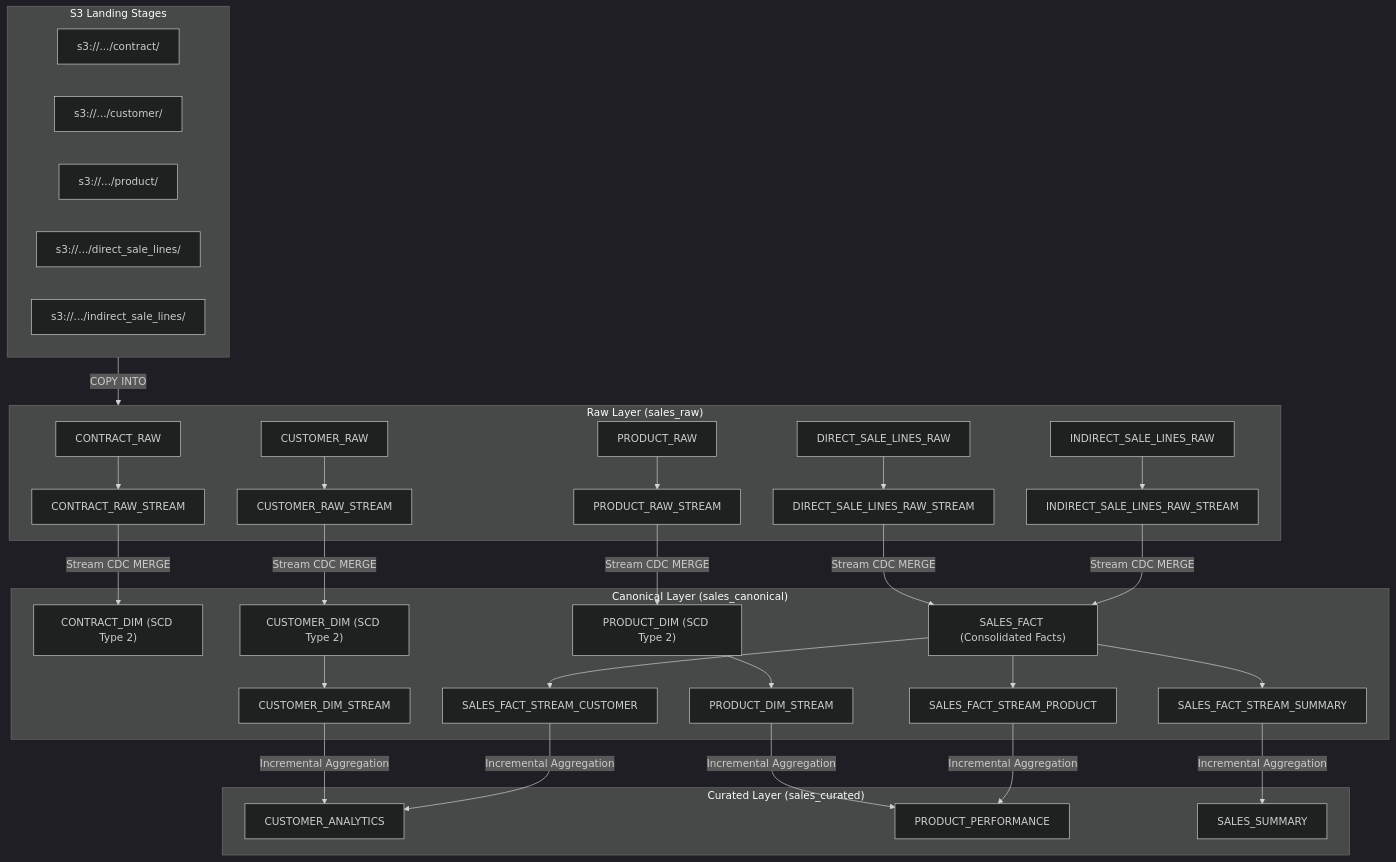
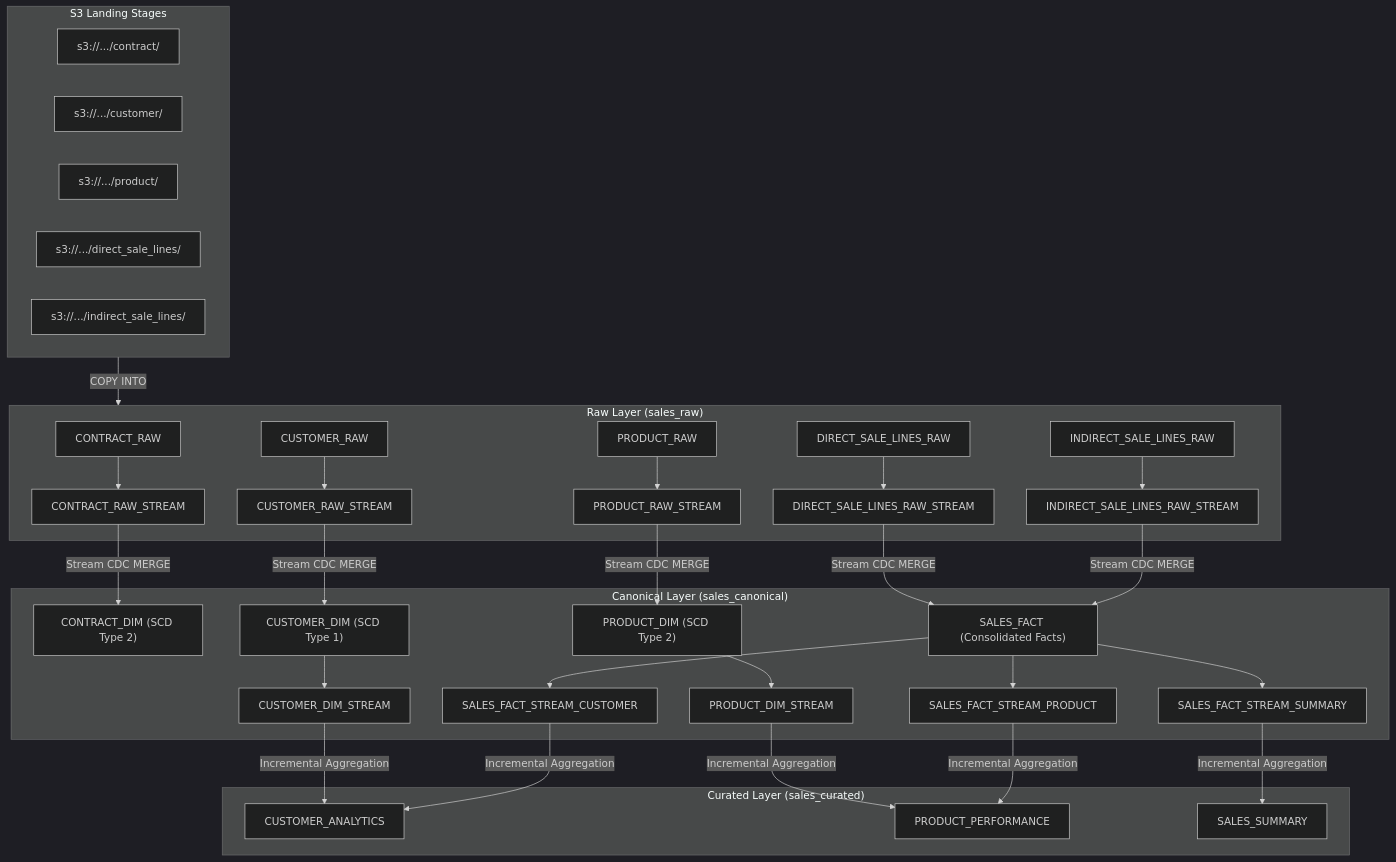
One commit to camrutham/SF_DRL changed the diagram in README.md. Above: the diagram before and after it, drawn with Mermaid (dark theme). The commit also changed 5 other files, not shown here.

First line of the commit message:
Implement true SCD Type 2 for contract_dim and product_dim, and SCD Type 1 for customer_dim

````diff
--- a/README.md
+++ b/README.md
@@ -11,39 +11,39 @@
 ```mermaid
 flowchart TD
     subgraph Landing["S3 Landing Stages"]
         S3_Contract["s3://.../contract/"]
         S3_Customer["s3://.../customer/"]
         S3_Product["s3://.../product/"]
         S3_Direct["s3://.../direct_sale_lines/"]
         S3_Indirect["s3://.../indirect_sale_lines/"]
     end
 
     subgraph Raw["Raw Layer (sales_raw)"]
         CONTRACT_RAW --> CONTRACT_RAW_STREAM
         CUSTOMER_RAW --> CUSTOMER_RAW_STREAM
         PRODUCT_RAW --> PRODUCT_RAW_STREAM
         DIRECT_SALE_LINES_RAW --> DIRECT_SALE_STREAM[DIRECT_SALE_LINES_RAW_STREAM]
         INDIRECT_SALE_LINES_RAW --> INDIRECT_SALE_STREAM[INDIRECT_SALE_LINES_RAW_STREAM]
     end
 
     subgraph Canonical["Canonical Layer (sales_canonical)"]
         CONTRACT_RAW_STREAM -->|Stream CDC MERGE| CONTRACT_DIM["CONTRACT_DIM (SCD Type 2)"]
-        CUSTOMER_RAW_STREAM -->|Stream CDC MERGE| CUSTOMER_DIM["CUSTOMER_DIM (SCD Type 2)"]
+        CUSTOMER_RAW_STREAM -->|Stream CDC MERGE| CUSTOMER_DIM["CUSTOMER_DIM (SCD Type 1)"]
         PRODUCT_RAW_STREAM -->|Stream CDC MERGE| PRODUCT_DIM["PRODUCT_DIM (SCD Type 2)"]
         DIRECT_SALE_STREAM & INDIRECT_SALE_STREAM -->|Stream CDC MERGE| SALES_FACT["SALES_FACT (Consolidated Facts)"]
         
         CUSTOMER_DIM --> CUSTOMER_DIM_STREAM
         PRODUCT_DIM --> PRODUCT_DIM_STREAM
         SALES_FACT --> SALES_FACT_STREAM_SUMMARY
         SALES_FACT --> SALES_FACT_STREAM_CUSTOMER
         SALES_FACT --> SALES_FACT_STREAM_PRODUCT
     end
 
     subgraph Curated["Curated Layer (sales_curated)"]
         CUSTOMER_DIM_STREAM & SALES_FACT_STREAM_CUSTOMER -->|Incremental Aggregation| CUSTOMER_ANALYTICS["CUSTOMER_ANALYTICS"]
         PRODUCT_DIM_STREAM & SALES_FACT_STREAM_PRODUCT -->|Incremental Aggregation| PRODUCT_PERFORMANCE["PRODUCT_PERFORMANCE"]
         SALES_FACT_STREAM_SUMMARY -->|Incremental Aggregation| SALES_SUMMARY["SALES_SUMMARY"]
     end
 
     Landing -->|COPY INTO| Raw
 ```
````
